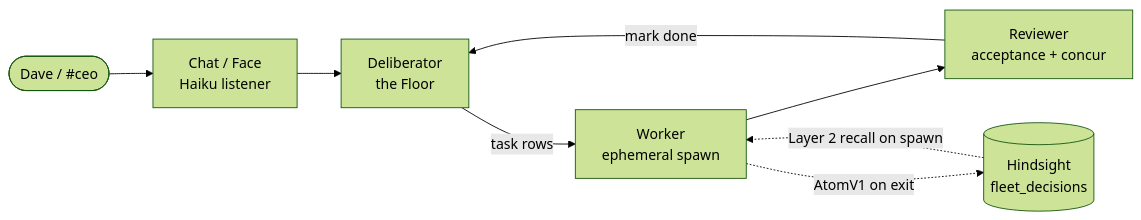
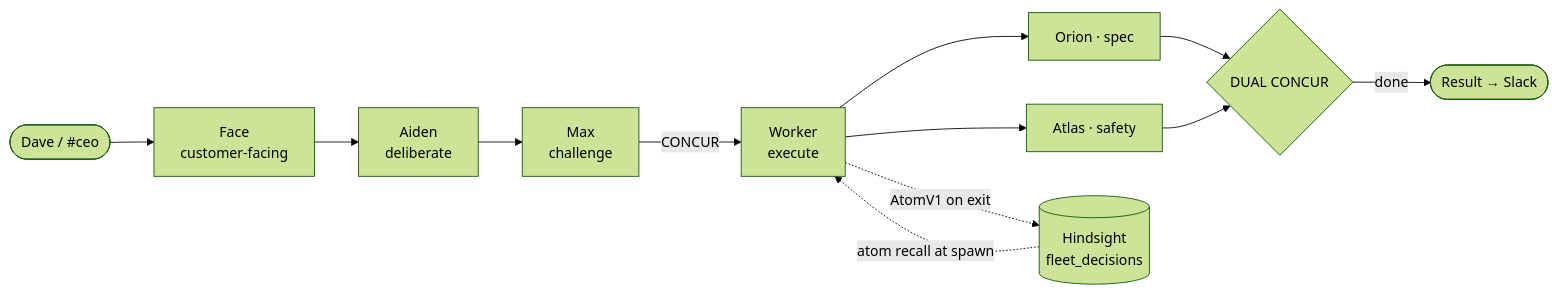
The fourth of 4 diagrams in README.md (Keiracom/Agency_OS), drawn with Mermaid (forest theme) before and after one commit. The commit also changed other lines of this file, not shown here.

Commit message:
[NOVA] docs(readme): correct V1 chain per ceo:v1_chain_architecture (Elliot HOLD on #1313)
Aligns the section to the canonical ceo:v1_chain_architecture key (ratified
2026-05-29). Fix 1: Deliberator(the Floor) -> Deliberators (Aiden + Max). Fix 2:
remove "Face and the Floor are the same entity" — Face is a distinct role. Fix 3:
Reviewer -> Reviewers (Orion spec line-by-line + Atlas quality/safety), dual
concur required. Diagram + handoff updated (NATS task_id+atom_id, persona_bank).

````diff
--- a/README.md
+++ b/README.md
@@ -65,10 +65,14 @@
 ```mermaid
 flowchart LR
-    User([Dave / #ceo]) --> Chat
-    Chat[Chat / Face<br/>Haiku listener] --> Delib[Deliberator<br/>the Floor]
-    Delib -->|task rows| Worker[Worker<br/>ephemeral spawn]
-    Worker --> Reviewer[Reviewer<br/>acceptance + concur]
-    Reviewer -->|mark done| Delib
+    User([Dave / #ceo]) --> Face[Face<br/>customer-facing]
+    Face --> Aiden[Aiden<br/>deliberate]
+    Aiden --> Max[Max<br/>challenge]
+    Max -->|CONCUR| Worker[Worker<br/>execute]
+    Worker --> Orion[Orion · spec]
+    Worker --> Atlas[Atlas · safety]
+    Orion --> Gate{DUAL CONCUR}
+    Atlas --> Gate
+    Gate -->|done| Slack([Result → Slack])
     Worker -.->|AtomV1 on exit| H[(Hindsight<br/>fleet_decisions)]
-    H -.->|Layer 2 recall on spawn| Worker
+    H -.->|atom recall at spawn| Worker
 ```
````
